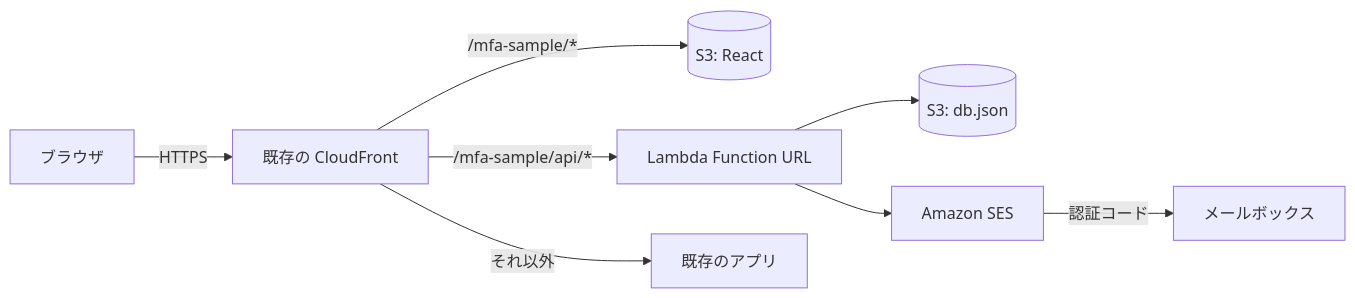
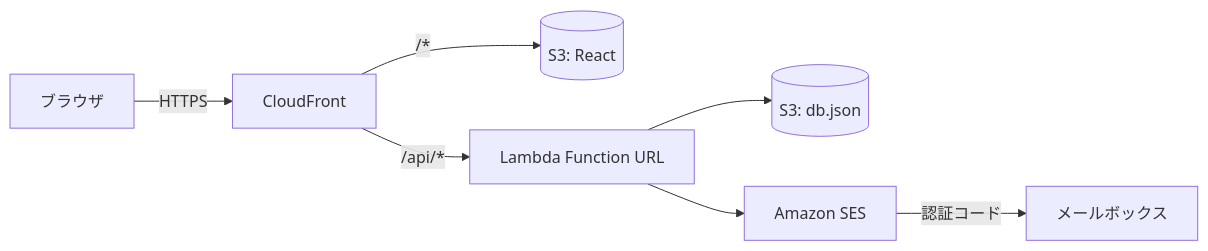
Before and after one commit to Tom-Panasonic/simple-mfa-sample: the first of 3 diagrams in docs/qiita-article.md, drawn with Mermaid. The commit also changed other lines of this file, not shown here.

Commit message:
Rewrite the Qiita article: new CloudFront in the diagram, drop setup and production sections

````diff
--- a/docs/qiita-article.md
+++ b/docs/qiita-article.md
@@ -50,10 +48,9 @@
 ```mermaid
 flowchart LR
-  Browser[ブラウザ] -->|HTTPS| CF[既存の CloudFront]
-  CF -->|"/mfa-sample/*"| S3Site[(S3: React)]
-  CF -->|"/mfa-sample/api/*"| Lambda[Lambda Function URL]
-  CF -->|それ以外| Other[既存のアプリ]
+  Browser[ブラウザ] -->|HTTPS| CF[CloudFront]
+  CF -->|"/*"| S3Site[(S3: React)]
+  CF -->|"/api/*"| Lambda[Lambda Function URL]
   Lambda --> S3Data[(S3: db.json)]
   Lambda --> SES[Amazon SES]
   SES -->|認証コード| Mail[メールボックス]
 ```
````
